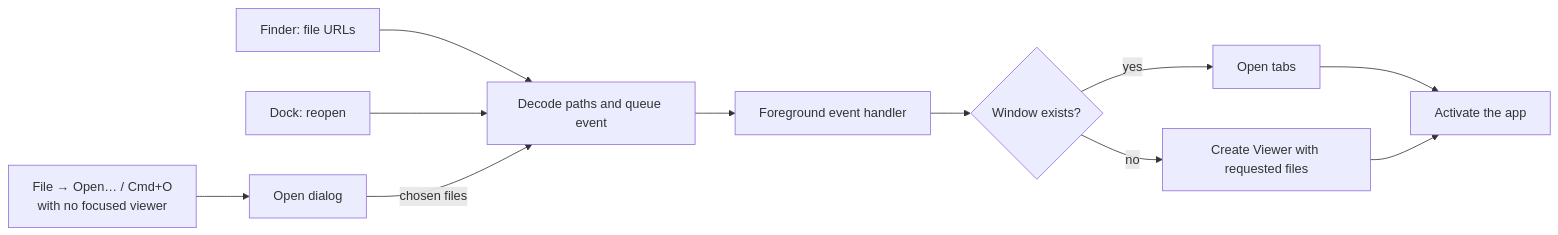
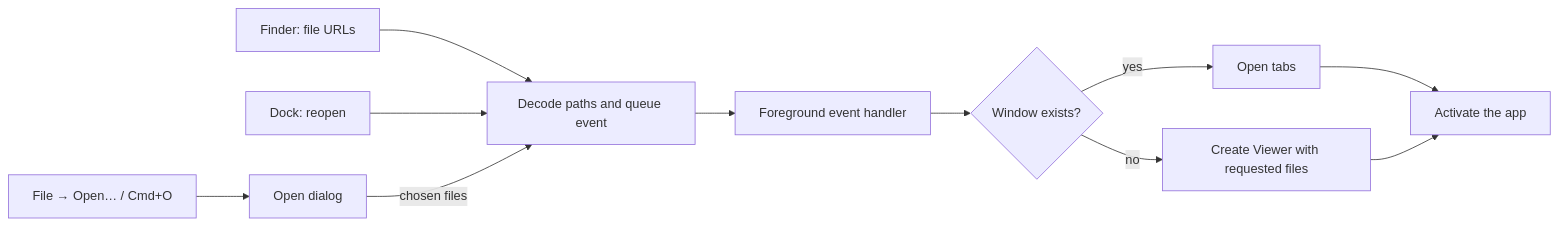
One commit to JorgeAgar/markdown-viewer-zed changed the sixth of 6 diagrams in docs/architecture.md. Above: the diagram before and after it, drawn with Mermaid. The commit also changed other lines of this file and 3 other files, not shown here.

````diff
--- a/docs/architecture.md
+++ b/docs/architecture.md
@@ -401,13 +404,13 @@
 ```mermaid
 flowchart LR
     finder["Finder: file URLs"] --> events["Decode paths and queue event"]
     dock["Dock: reopen"] --> events
-    menu["File → Open… / Cmd+O<br/>with no focused viewer"] --> dialog["Open dialog"]
+    menu["File → Open… / Cmd+O"] --> dialog["Open dialog"]
     dialog -->|chosen files| events
     events --> foreground["Foreground event handler"]
     foreground --> exists{"Window exists?"}
     exists -->|yes| reuse["Open tabs"]
     exists -->|no| recreate["Create Viewer with requested files"]
     reuse --> activate["Activate the app"]
     recreate --> activate
 ```
````
